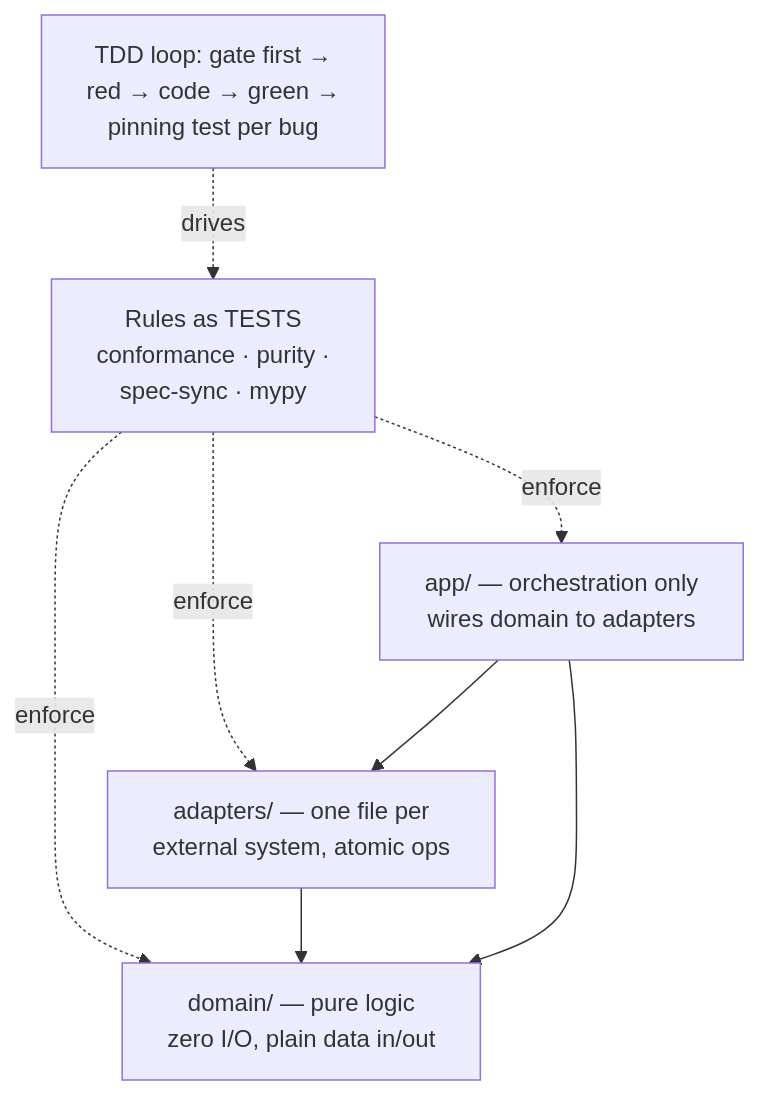
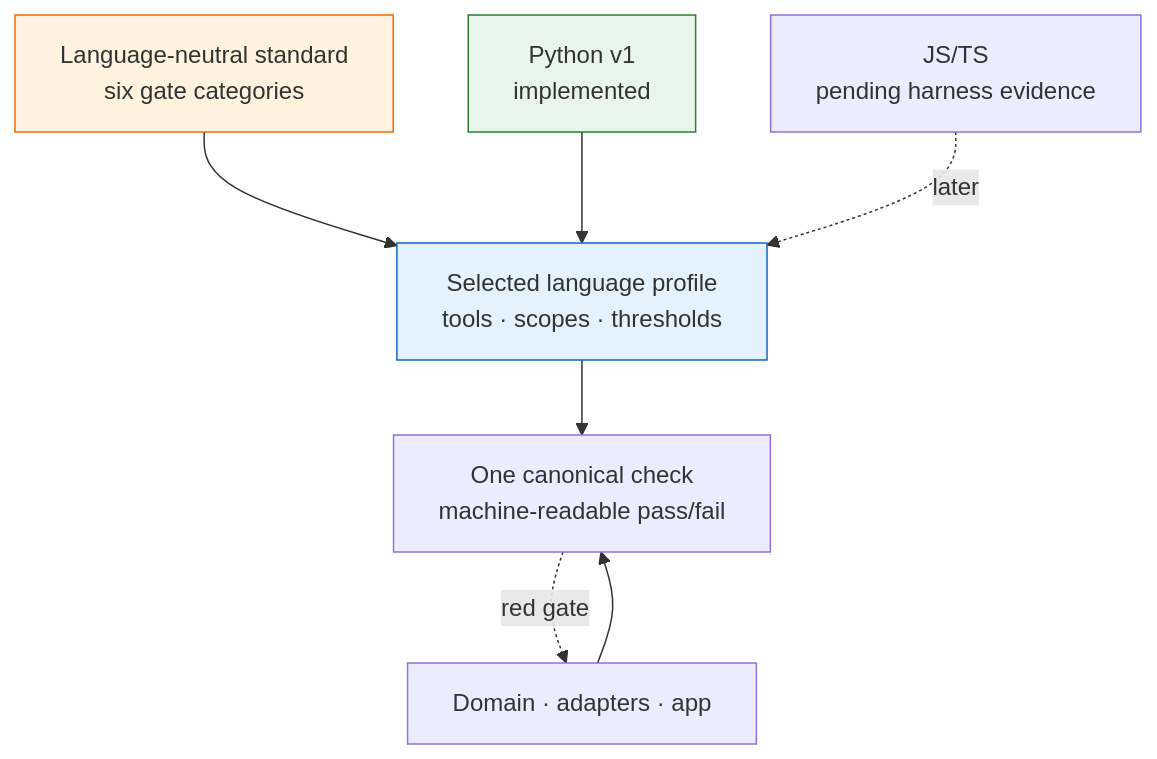
Before and after one commit to anatoly-m-maslennikov/dset-specs-loops-framework: the diagram in methodology/05_Layered Build Standard — DDD, TDD, Small Functions, Typed Gates.md, drawn with Mermaid. The commit also changed other lines of this file and 48 other files, not shown here.

````diff
--- a/methodology/05_Layered Build Standard — DDD, TDD, Small Functions, Typed Gates.md
+++ b/methodology/05_Layered Build Standard — DDD, TDD, Small Functions, Typed Gates.md
@@ -8,11 +7,12 @@
 ```mermaid
 graph TD
-    RULES["Rules as TESTS<br/>conformance · purity ·<br/>spec-sync · mypy"] -.enforce.-> DOM
-    RULES -.enforce.-> ADP
-    RULES -.enforce.-> APP
-    DOM["domain/ — pure logic<br/>zero I/O, plain data in/out"]
-    ADP["adapters/ — one file per<br/>external system, atomic ops"] --> DOM
-    APP["app/ — orchestration only<br/>wires domain to adapters"] --> DOM
-    APP --> ADP
-    TDD["TDD loop: gate first →<br/>red → code → green →<br/>pinning test per bug"] -.drives.-> RULES
+    RULES["Language-neutral standard<br/>six gate categories"] --> PROFILE["Selected language profile<br/>tools · scopes · thresholds"]
+    PROFILE --> CHECK["One canonical check<br/>machine-readable pass/fail"]
+    CHECK -.red gate.-> CODE["Domain · adapters · app"]
+    CODE --> CHECK
+    PY["Python v1<br/>implemented"] --> PROFILE
+    TS["JS/TS<br/>pending harness evidence"] -.later.-> PROFILE
+    style RULES fill:#fff3e0,stroke:#ef6c00
+    style PROFILE fill:#e3f2fd,stroke:#1565c0
+    style PY fill:#e8f5e9,stroke:#2e7d32
 ```
````
